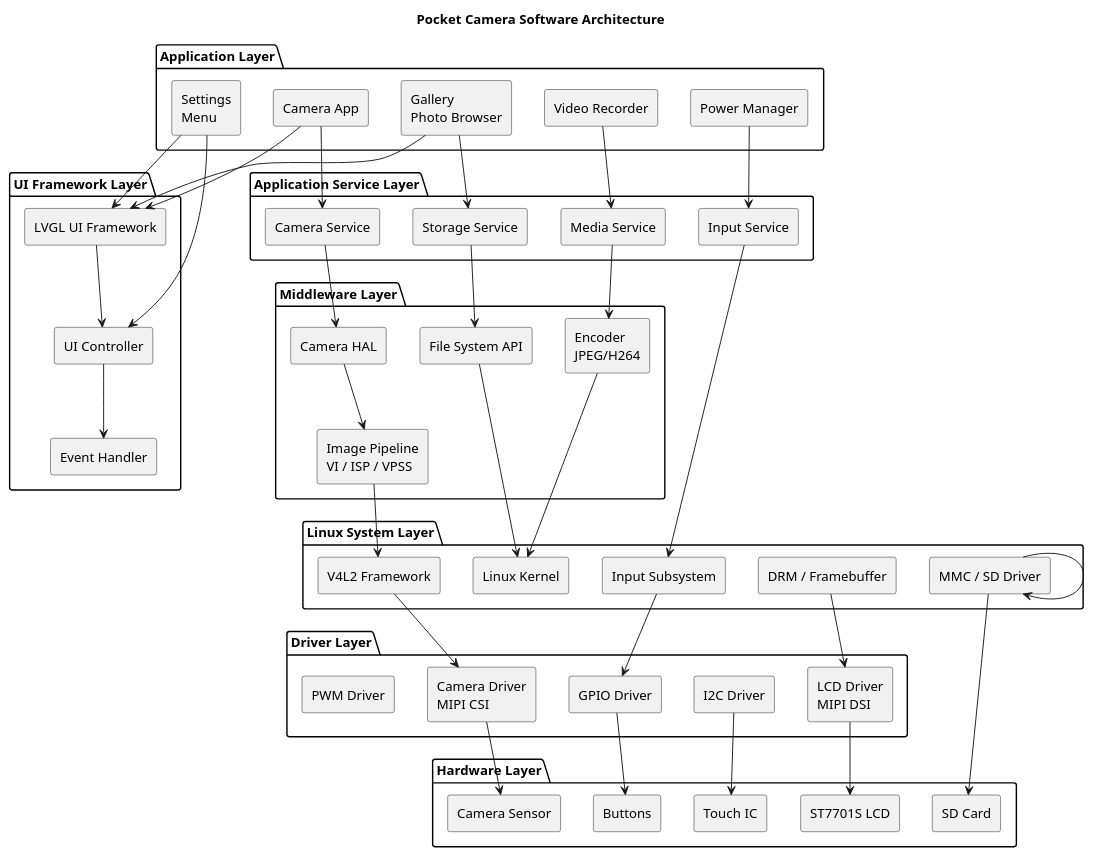
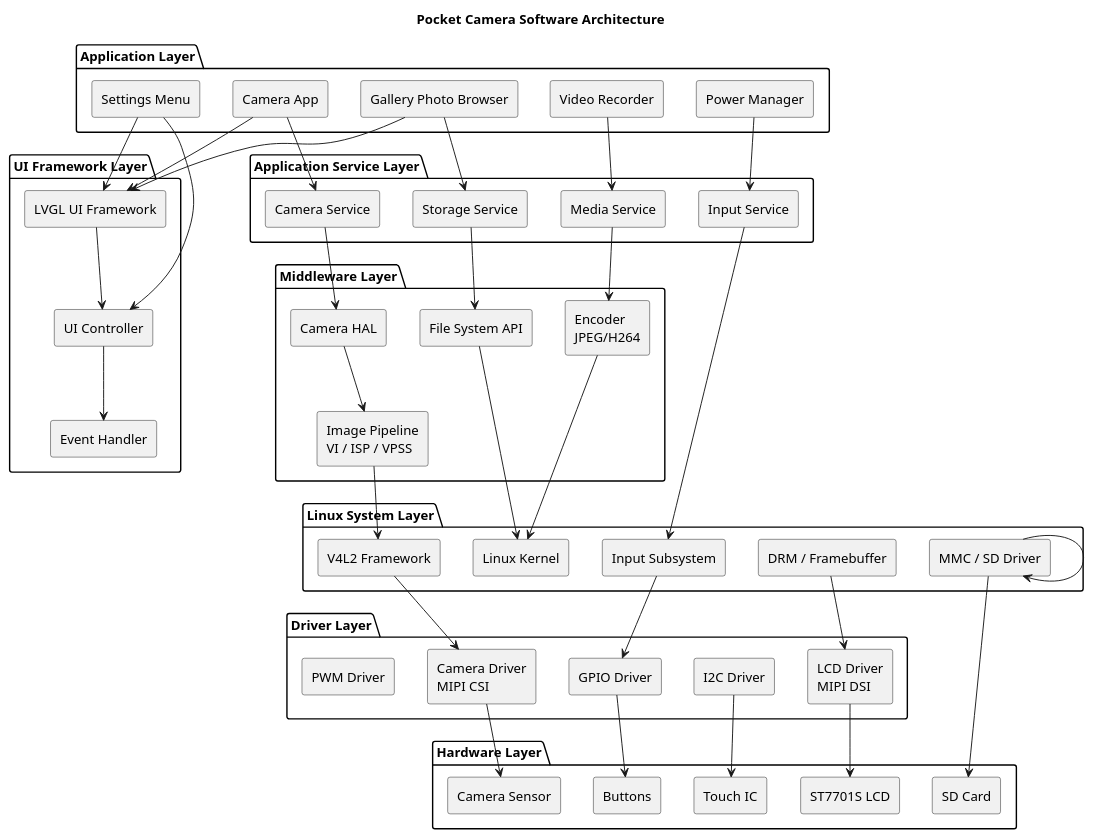
The diagram in docs/uml/software/software-architecture.puml (y-Adrian/pocket), drawn with PlantUML before and after one commit. The commit also changed 9 other files, not shown here.

```diff
--- a/docs/uml/software/software-architecture.puml
+++ b/docs/uml/software/software-architecture.puml
@@ -1,117 +1,109 @@
 @startuml Pocket Software Architecture
 
 skinparam componentStyle rectangle
 skinparam defaultFontName Helvetica
 
 title Pocket Camera Software Architecture
 
 
 package "Application Layer" {
-
     component "Camera App" as CameraApp
-    component "Gallery\nPhoto Browser" as Gallery
+    component "Gallery Photo Browser" as Gallery
     component "Video Recorder" as Recorder
-    component "Settings\nMenu" as Settings
+    component "Settings Menu" as Settings
     component "Power Manager" as PowerMgr
 }
 
 
 package "UI Framework Layer" {
-
     component "LVGL UI Framework" as LVGL
     component "UI Controller" as UIController
     component "Event Handler" as Event
 }
 
 
 package "Application Service Layer" {
-
     component "Camera Service" as CameraService
     component "Storage Service" as StorageService
     component "Media Service" as MediaService
     component "Input Service" as InputService
 }
 
 
 package "Middleware Layer" {
-
     component "Camera HAL" as HAL
     component "Image Pipeline\nVI / ISP / VPSS" as ISP
     component "Encoder\nJPEG/H264" as Encoder
     component "File System API" as FSAPI
 }
 
 
 package "Linux System Layer" {
-
     component "Linux Kernel" as Kernel
-
     component "V4L2 Framework" as V4L2
     component "DRM / Framebuffer" as Display
     component "Input Subsystem" as Input
     component "MMC / SD Driver" as SD
 }
 
 
 package "Driver Layer" {
-
     component "Camera Driver\nMIPI CSI" as CamDrv
     component "LCD Driver\nMIPI DSI" as LCDDrv
     component "GPIO Driver" as GPIO
     component "I2C Driver" as I2C
     component "PWM Driver" as PWM
 }
 
 
 package "Hardware Layer" {
-
     component "Camera Sensor" as Sensor
     component "ST7701S LCD" as LCD
     component "Touch IC" as Touch
     component "Buttons" as Buttons
     component "SD Card" as SDCard
 }
 
 
 CameraApp --> CameraService
 Gallery --> StorageService
 Recorder --> MediaService
 Settings --> UIController
 PowerMgr --> InputService
 
 
 CameraApp --> LVGL
 Gallery --> LVGL
 Settings --> LVGL
 
 LVGL --> UIController
 UIController --> Event
 
 
 CameraService --> HAL
 MediaService --> Encoder
 StorageService --> FSAPI
 InputService --> Input
 
 
 HAL --> ISP
 ISP --> V4L2
 
 Encoder --> Kernel
 FSAPI --> Kernel
 
 
 V4L2 --> CamDrv
 Display --> LCDDrv
 Input --> GPIO
 SD --> SD
 
 
 CamDrv --> Sensor
 LCDDrv --> LCD
 GPIO --> Buttons
 I2C --> Touch
 SD --> SDCard
 
 
 @enduml
```
